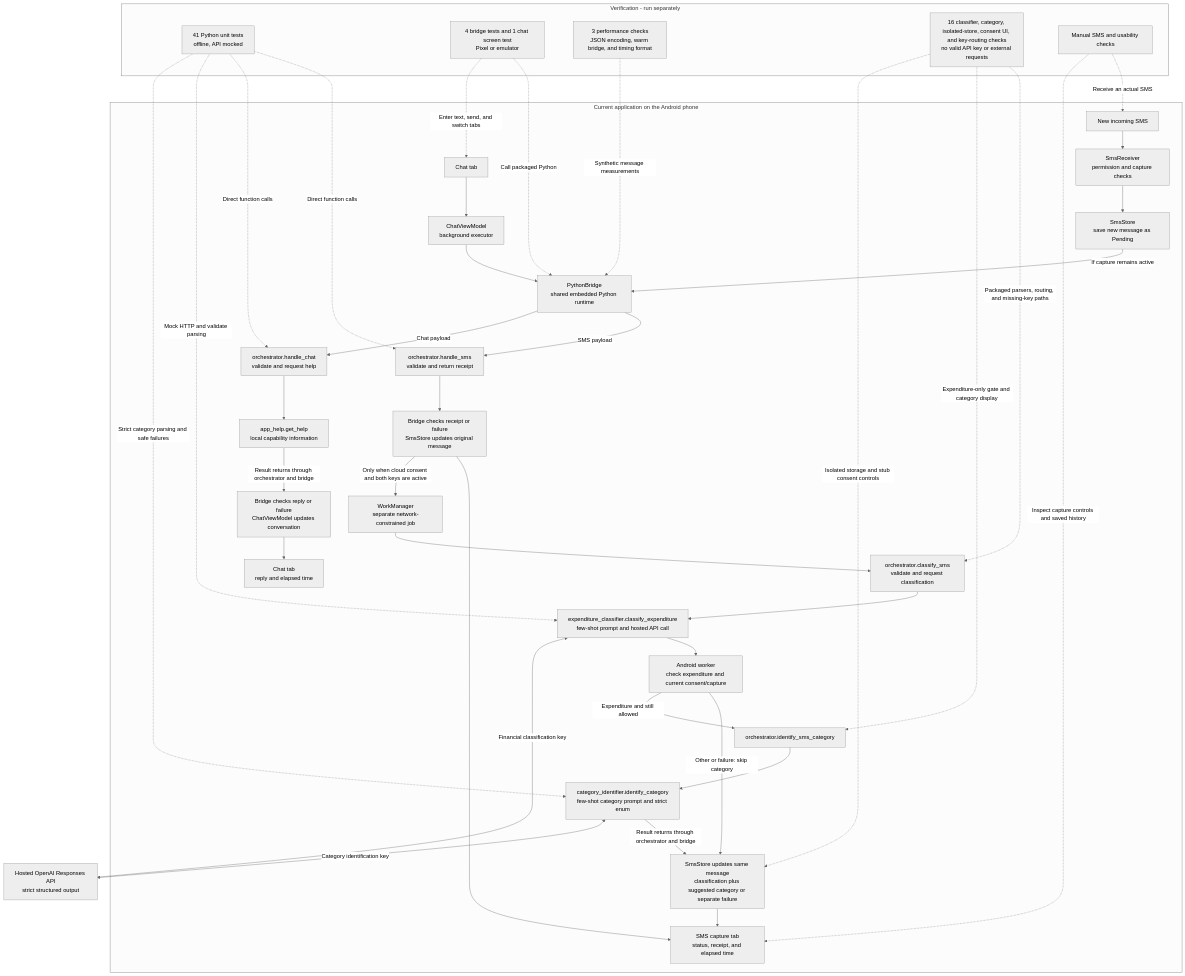
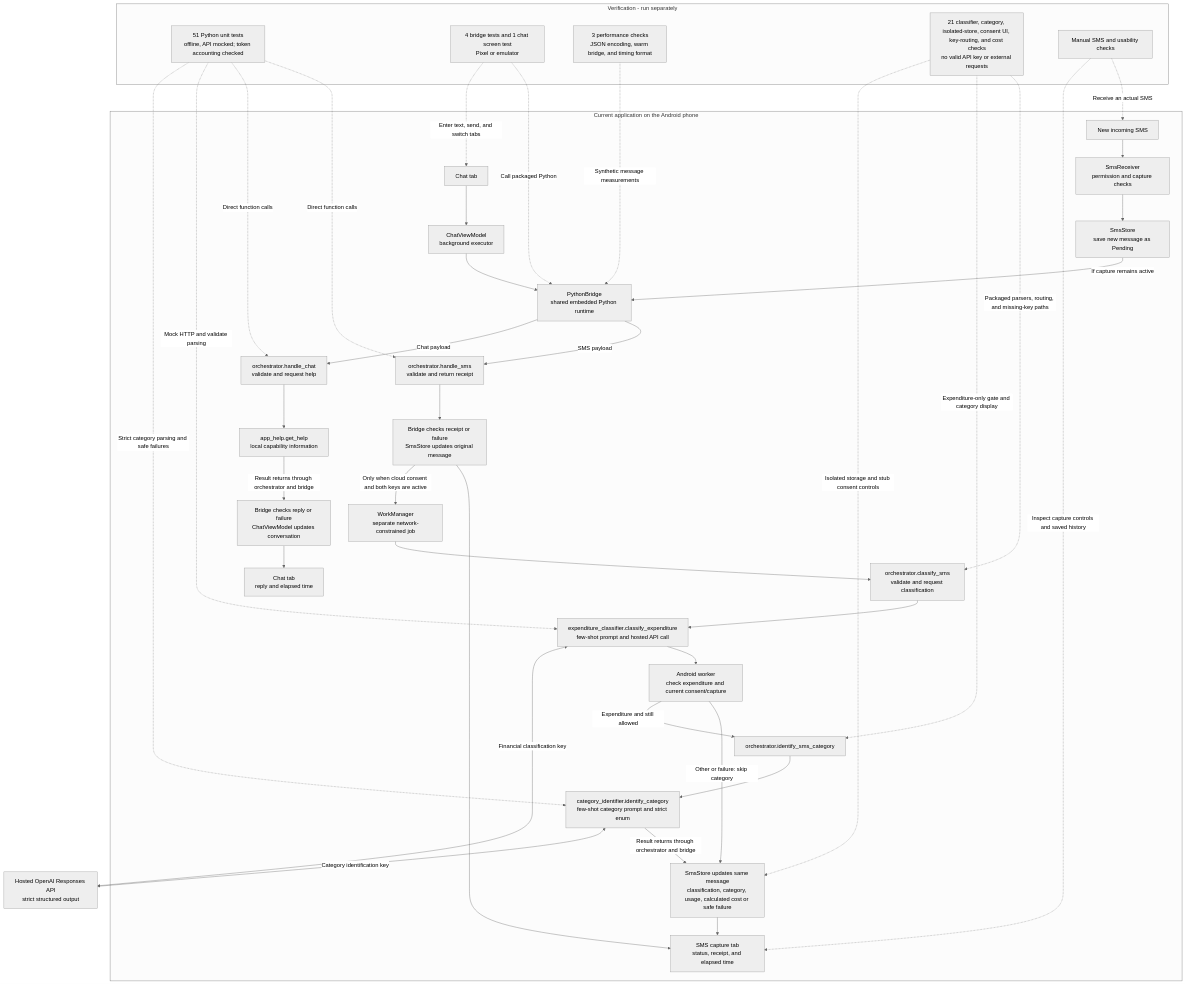
One commit to Abijith97/expense-tracker-with-mcp changed the first of 3 diagrams in README.md. Above: the diagram before and after it, drawn with Mermaid (neutral theme). The commit also changed other lines of this file and 21 other files, not shown here.

Commit message:
Show per-message token usage and calculated API costs

````diff
--- a/README.md
+++ b/README.md
@@ -118,48 +133,48 @@
 ```mermaid
 flowchart TB
     subgraph Phone[Current application on the Android phone]
         Chat[Chat tab] --> ChatWork[ChatViewModel<br/>background executor]
         SMS[New incoming SMS] --> Capture[SmsReceiver<br/>permission and capture checks]
         Capture --> Save[SmsStore<br/>save new message as Pending]
         Save -->|If capture remains active| Bridge[PythonBridge<br/>shared embedded Python runtime]
         ChatWork --> Bridge
         Bridge -->|SMS payload| SMSPython[orchestrator.handle_sms<br/>validate and return receipt]
         Bridge -->|Chat payload| ChatPython[orchestrator.handle_chat<br/>validate and request help]
         SMSPython --> SMSResult[Bridge checks receipt or failure<br/>SmsStore updates original message]
         SMSResult --> SMSScreen[SMS capture tab<br/>status, receipt, and elapsed time]
         SMSResult -->|Only when cloud consent and both keys are active| CloudWork[WorkManager<br/>separate network-constrained job]
         CloudWork --> Classifier[orchestrator.classify_sms<br/>validate and request classification]
         Classifier --> ClassifyTool[expenditure_classifier.classify_expenditure<br/>few-shot prompt and hosted API call]
         ChatPython --> HelpTool[app_help.get_help<br/>local capability information]
         ClassifyTool --> Gate[Android worker<br/>check expenditure and current consent/capture]
-        Gate -->|Other or failure: skip category| Classified[SmsStore updates same message<br/>classification plus suggested category or separate failure]
+        Gate -->|Other or failure: skip category| Classified[SmsStore updates same message<br/>classification, category, usage, calculated cost or safe failure]
         Gate -->|Expenditure and still allowed| CategoryPython[orchestrator.identify_sms_category]
         CategoryPython --> CategoryTool[category_identifier.identify_category<br/>few-shot category prompt and strict enum]
         CategoryTool -->|Result returns through orchestrator and bridge| Classified
         Classified --> SMSScreen
         HelpTool -->|Result returns through orchestrator and bridge| ChatResult[Bridge checks reply or failure<br/>ChatViewModel updates conversation]
         ChatResult --> ChatScreen[Chat tab<br/>reply and elapsed time]
     end
     ClassifyTool <-->|Financial classification key| API[Hosted OpenAI Responses API<br/>strict structured output]
     CategoryTool <-->|Category identification key| API
 
     subgraph Checks[Verification - run separately]
-        Unit[41 Python unit tests<br/>offline, API mocked]
+        Unit[51 Python unit tests<br/>offline, API mocked; token accounting checked]
         Integration[4 bridge tests and 1 chat screen test<br/>Pixel or emulator]
         Performance[3 performance checks<br/>JSON encoding, warm bridge, and timing format]
-        ClassificationChecks[16 classifier, category, isolated-store, consent UI, and key-routing checks<br/>no valid API key or external requests]
+        ClassificationChecks[21 classifier, category, isolated-store, consent UI, key-routing, and cost checks<br/>no valid API key or external requests]
         Manual[Manual SMS and usability checks]
     end
     Unit -.->|Direct function calls| SMSPython
     Unit -.->|Direct function calls| ChatPython
     Integration -.->|Call packaged Python| Bridge
     Integration -.->|Enter text, send, and switch tabs| Chat
     Performance -.->|Synthetic message measurements| Bridge
     Unit -.->|Mock HTTP and validate parsing| ClassifyTool
     Unit -.->|Strict category parsing and safe failures| CategoryTool
     ClassificationChecks -.->|Packaged parsers, routing, and missing-key paths| Classifier
     ClassificationChecks -.->|Expenditure-only gate and category display| CategoryPython
     ClassificationChecks -.->|Isolated storage and stub consent controls| Classified
     Manual -.->|Receive an actual SMS| SMS
     Manual -.->|Inspect capture controls and saved history| SMSScreen
 ```
````
